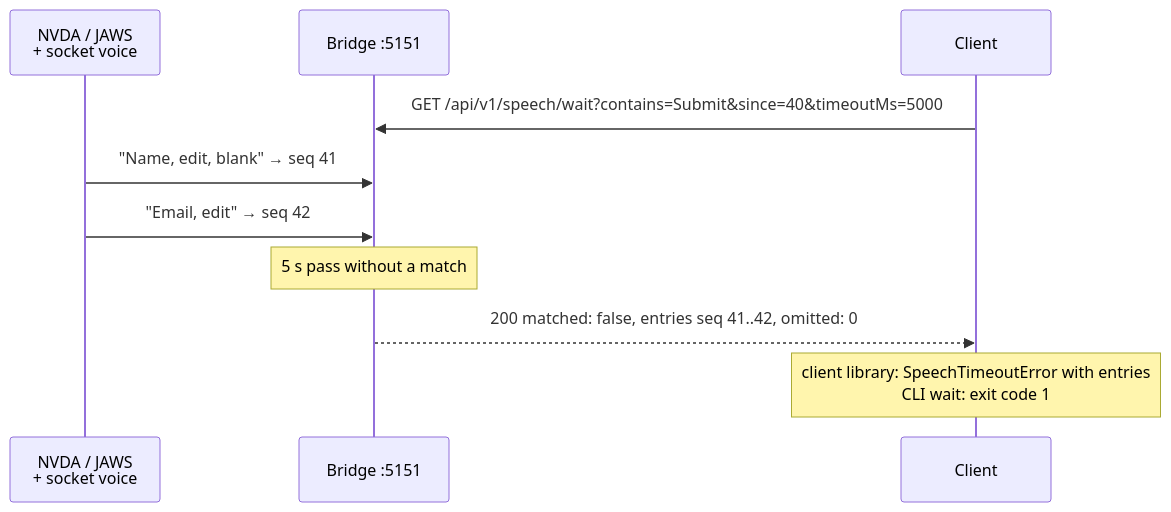
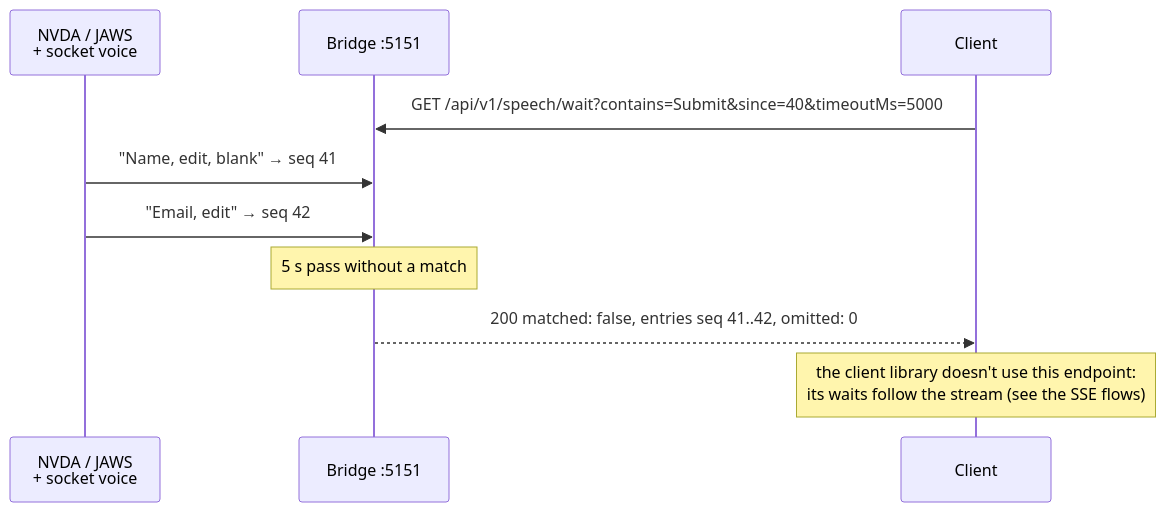
One commit to TimoSto/screenreader-speech-capture changed the third of 10 diagrams in docs/usage/flows/http.md. Above: the diagram before and after it, drawn with Mermaid. The commit also changed other lines of this file and 10 other files, not shown here.

First line of the commit message:
docs: bring the usage flows up to date and add the agent preflight and recovery (#228)

````diff
--- a/docs/usage/flows/http.md
+++ b/docs/usage/flows/http.md
@@ -64,13 +64,13 @@
 ```mermaid
 sequenceDiagram
     participant SR as NVDA / JAWS<br/>+ socket voice
     participant B as Bridge :5151
     participant C as Client
 
     C->>B: GET /api/v1/speech/wait?contains=Submit&since=40&timeoutMs=5000
     SR->>B: "Name, edit, blank" → seq 41
     SR->>B: "Email, edit" → seq 42
     Note over B: 5 s pass without a match
     B-->>C: 200 matched: false, entries seq 41..42, omitted: 0
-    Note over C: client library: SpeechTimeoutError with entries<br/>CLI wait: exit code 1
+    Note over C: the client library doesn't use this endpoint:<br/>its waits follow the stream (see the SSE flows)
 ```
````
